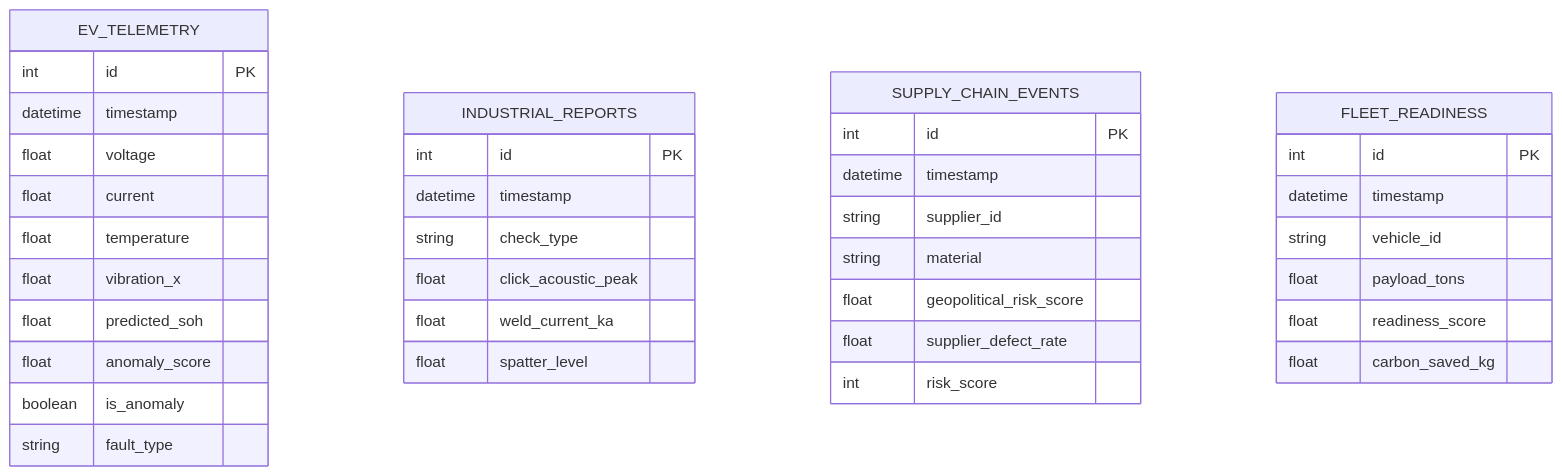
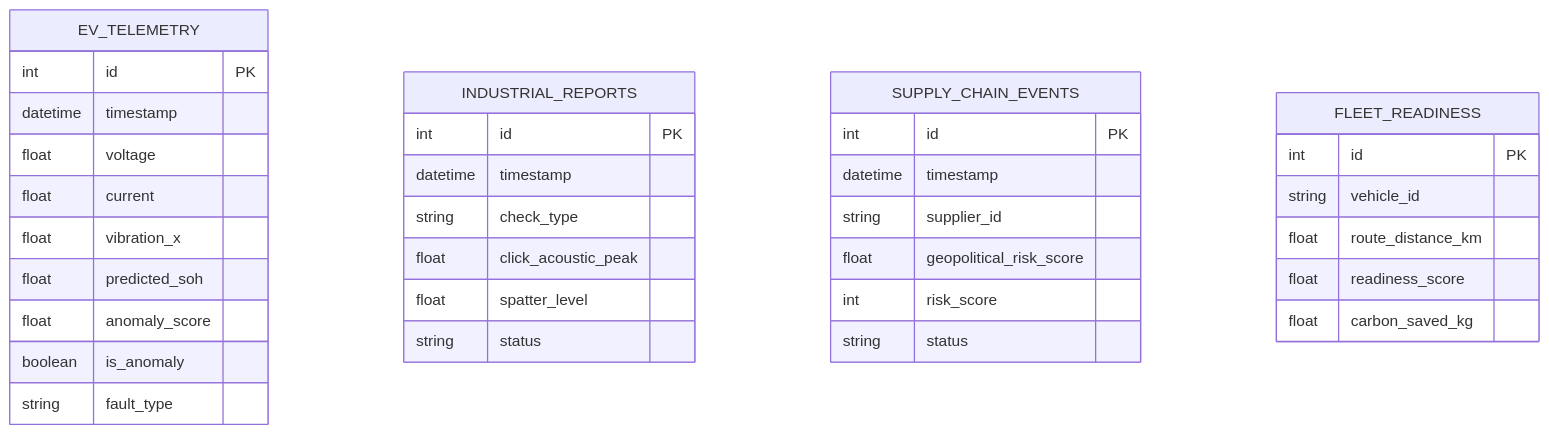
Before and after one commit to thrinadh2005/Hackton: the second of 2 diagrams in README.md, drawn with Mermaid. The commit also changed other lines of this file, not shown here.

Commit message:
docs: structure README with detailed architecture and flow headers

````diff
--- a/README.md
+++ b/README.md
@@ -91,40 +108,37 @@
 ```mermaid
 erDiagram
     EV_TELEMETRY {
         int id PK
         datetime timestamp
         float voltage
         float current
-        float temperature
         float vibration_x
         float predicted_soh
         float anomaly_score
         boolean is_anomaly
         string fault_type
     }
     INDUSTRIAL_REPORTS {
         int id PK
         datetime timestamp
         string check_type
         float click_acoustic_peak
-        float weld_current_ka
         float spatter_level
+        string status
     }
     SUPPLY_CHAIN_EVENTS {
         int id PK
         datetime timestamp
         string supplier_id
-        string material
         float geopolitical_risk_score
-        float supplier_defect_rate
         int risk_score
+        string status
     }
     FLEET_READINESS {
         int id PK
-        datetime timestamp
         string vehicle_id
-        float payload_tons
+        float route_distance_km
         float readiness_score
         float carbon_saved_kg
     }
 ```
````
